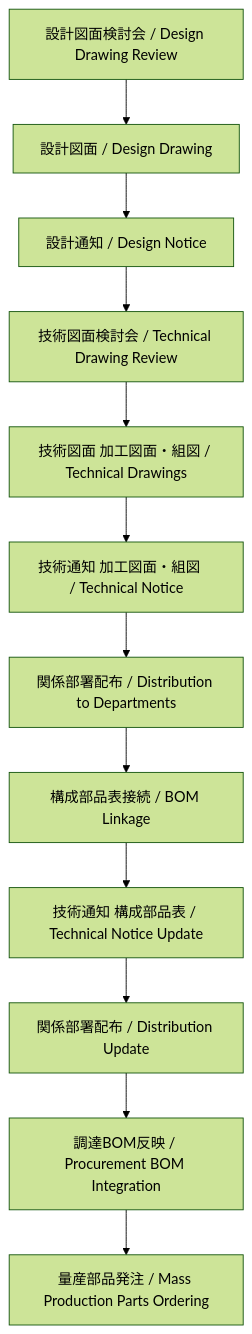
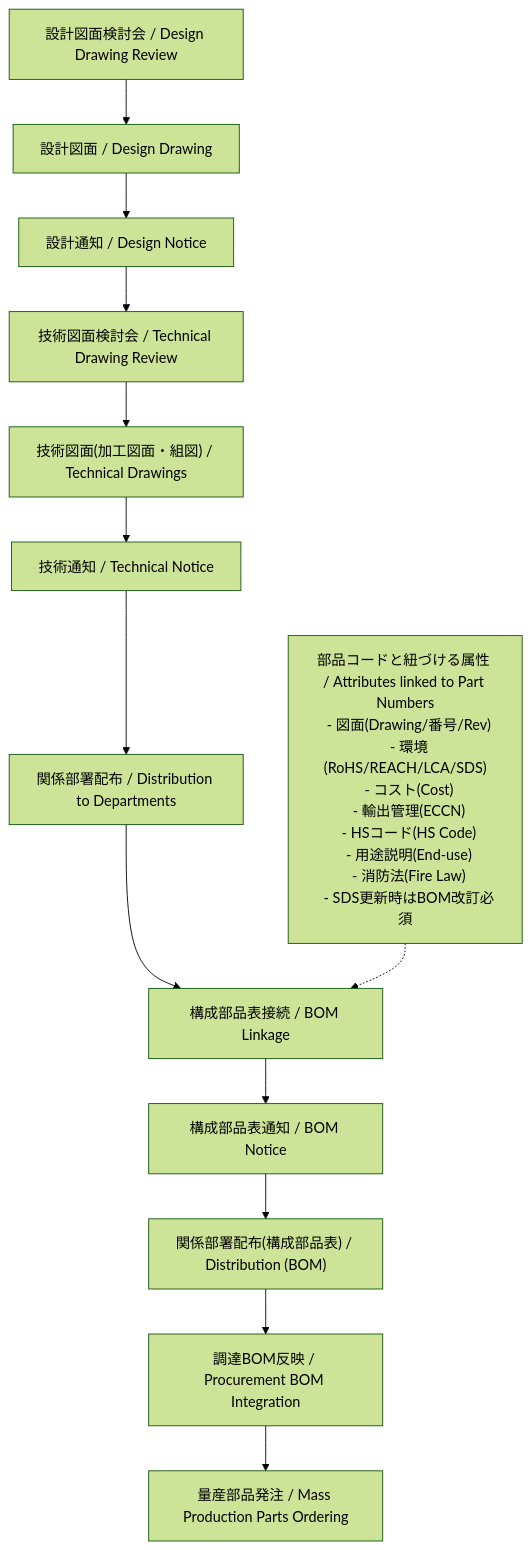
One commit to Samizo-AITL/EduMecha changed the diagram in 08_production_process/production_process_flow.md. Above: the diagram before and after it, drawn with Mermaid (forest theme).

````diff
--- a/08_production_process/production_process_flow.md
+++ b/08_production_process/production_process_flow.md
@@ -19,14 +19,25 @@
 ```mermaid
 flowchart TD
-  A[設計図面検討会 / Design Drawing Review] --> B[設計図面 / Design Drawing]
-  B --> C[設計通知 / Design Notice]
-  C --> D[技術図面検討会 / Technical Drawing Review]
-  D --> E[技術図面 加工図面・組図 / Technical Drawings]
-  E --> F[技術通知 加工図面・組図　/ Technical Notice]
-  F --> G[関係部署配布 / Distribution to Departments]
-  G --> H[構成部品表接続 / BOM Linkage]
-  H --> I[技術通知 構成部品表 / Technical Notice Update]
-  I --> J[関係部署配布 / Distribution Update]
-  J --> K[調達BOM反映 / Procurement BOM Integration]
-  K --> L[量産部品発注 / Mass Production Parts Ordering]
+  A["設計図面検討会 / Design Drawing Review"] --> B["設計図面 / Design Drawing"]
+  B --> C["設計通知 / Design Notice"]
+  C --> D["技術図面検討会 / Technical Drawing Review"]
+  D --> E["技術図面(加工図面・組図) / Technical Drawings"]
+  E --> F["技術通知 / Technical Notice"]
+  F --> G["関係部署配布 / Distribution to Departments"]
+  G --> H["構成部品表接続 / BOM Linkage"]
+  H --> I["構成部品表通知 / BOM Notice"]
+  I --> J["関係部署配布(構成部品表) / Distribution (BOM)"]
+  J --> K["調達BOM反映 / Procurement BOM Integration"]
+  K --> L["量産部品発注 / Mass Production Parts Ordering"]
+
+  %% 横から入る属性群（06_bom_generation/3_attributes.md）
+  S["部品コードと紐づける属性 / Attributes linked to Part Numbers
+  - 図面(Drawing/番号/Rev)
+  - 環境(RoHS/REACH/LCA/SDS)
+  - コスト(Cost)
+  - 輸出管理(ECCN)
+  - HSコード(HS Code)
+  - 用途説明(End-use)
+  - 消防法(Fire Law)
+  - SDS更新時はBOM改訂必須"] -.-> H
 ```
````
